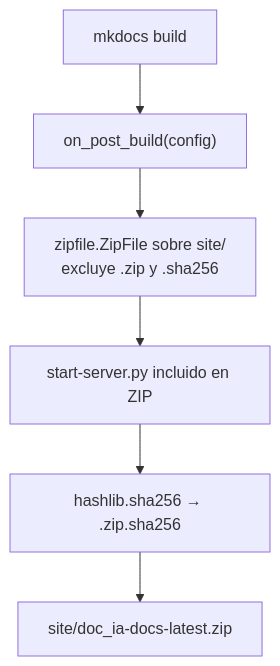
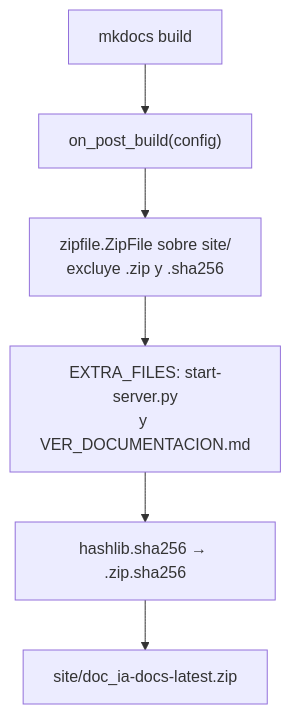
The second of 2 diagrams in docs/api/build_docs_zip.md (fmanza/doc_ia), drawn with Mermaid before and after one commit. The commit also changed other lines of this file and 31 other files, not shown here.

````diff
--- a/docs/api/build_docs_zip.md
+++ b/docs/api/build_docs_zip.md
@@ -47,10 +47,10 @@
 ```mermaid
 flowchart TD
     accTitle: Hook on_post_build de MkDocs
-    accDescr: Tras mkdocs build, el hook empaqueta site/ con start-server.py, sin ZIP ni checksums previos, y escribe la huella SHA256 de doc_ia-docs-latest.zip.
+    accDescr: Tras mkdocs build, el hook empaqueta site/ con start-server.py y VER_DOCUMENTACION.md, sin ZIP ni checksums previos, y escribe la huella SHA256 de doc_ia-docs-latest.zip.
     MK[mkdocs build] --> H["on_post_build(config)"]
     H --> Z[zipfile.ZipFile sobre site/<br/>excluye .zip y .sha256]
-    Z --> S[start-server.py incluido en ZIP]
+    Z --> S["EXTRA_FILES: start-server.py<br/>y VER_DOCUMENTACION.md"]
     S --> C2[hashlib.sha256 → .zip.sha256]
     C2 --> OUT[site/doc_ia-docs-latest.zip]
 ```
````
